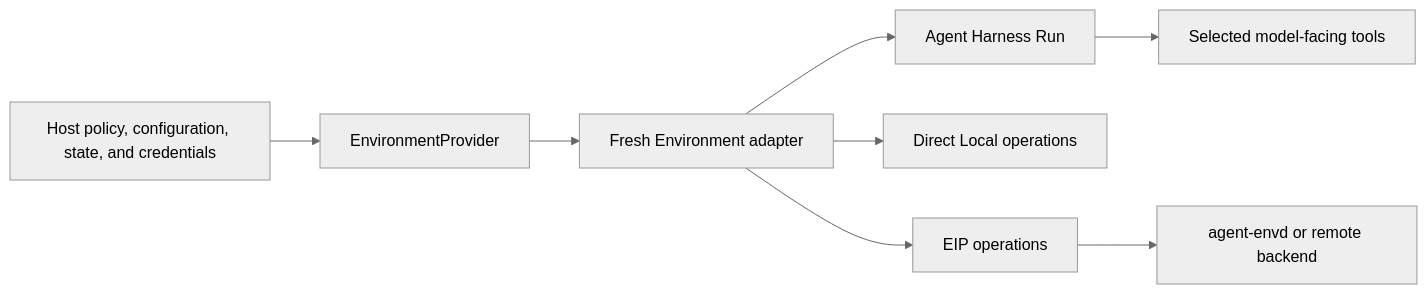
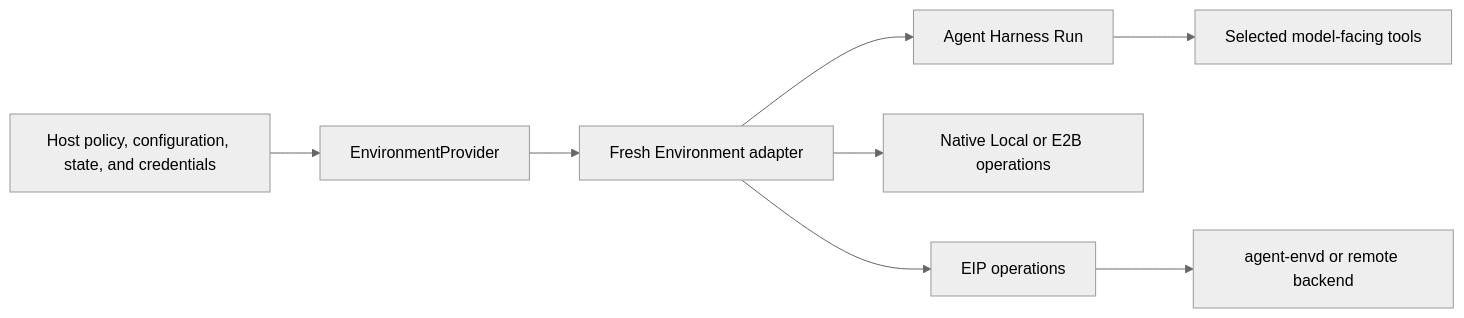
Before and after one commit to LTThreeComma/agent-foundation: the diagram in docs/environments/index.md, drawn with Mermaid (neutral theme). The commit also changed other lines of this file and 51 other files, not shown here.

````diff
--- a/docs/environments/index.md
+++ b/docs/environments/index.md
@@ -21,10 +24,10 @@
 ```mermaid
 flowchart LR
     Host[Host policy, configuration, state, and credentials] --> Provider[EnvironmentProvider]
     Provider --> Environment[Fresh Environment adapter]
     Environment --> Harness[Agent Harness Run]
     Harness --> Tools[Selected model-facing tools]
-    Environment --> Direct[Direct Local operations]
+    Environment --> Direct[Native Local or E2B operations]
     Environment --> EIP[EIP operations]
     EIP --> Envd[agent-envd or remote backend]
 ```
````
